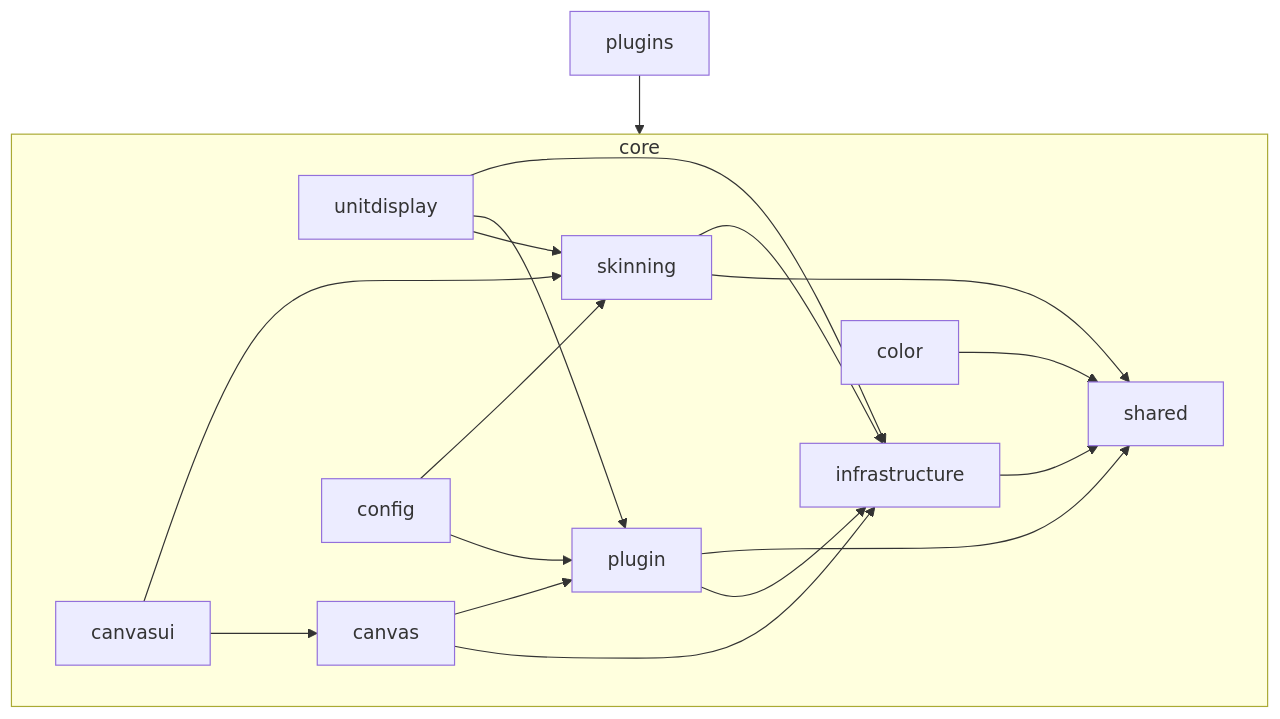
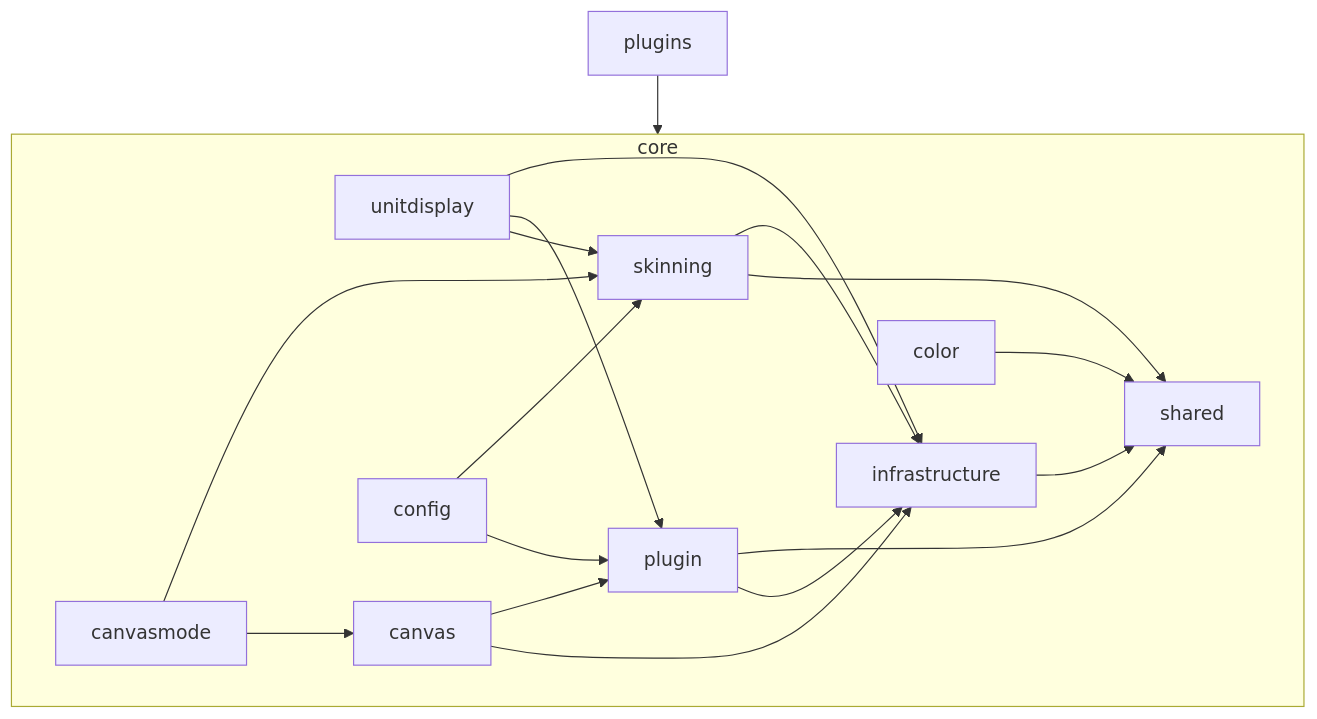
Before and after one commit to MoONSHO7/Orbit: the diagram in Orbit/Core/readme.md, drawn with Mermaid. The commit also changed other lines of this file and 97 other files, not shown here.

````diff
--- a/Orbit/Core/readme.md
+++ b/Orbit/Core/readme.md
@@ -30,21 +30,21 @@
 ```mermaid
 graph TD
     subgraph core
         infrastructure --> shared
         plugin --> infrastructure
         plugin --> shared
         color --> shared
         skinning --> shared
         skinning --> infrastructure
         unitdisplay --> skinning
         unitdisplay --> plugin
         unitdisplay --> infrastructure
         canvas --> infrastructure
         canvas --> plugin
-        canvasui --> canvas
-        canvasui --> skinning
+        canvasmode --> canvas
+        canvasmode --> skinning
         config --> plugin
         config --> skinning
     end
     plugins --> core
 ```
````
